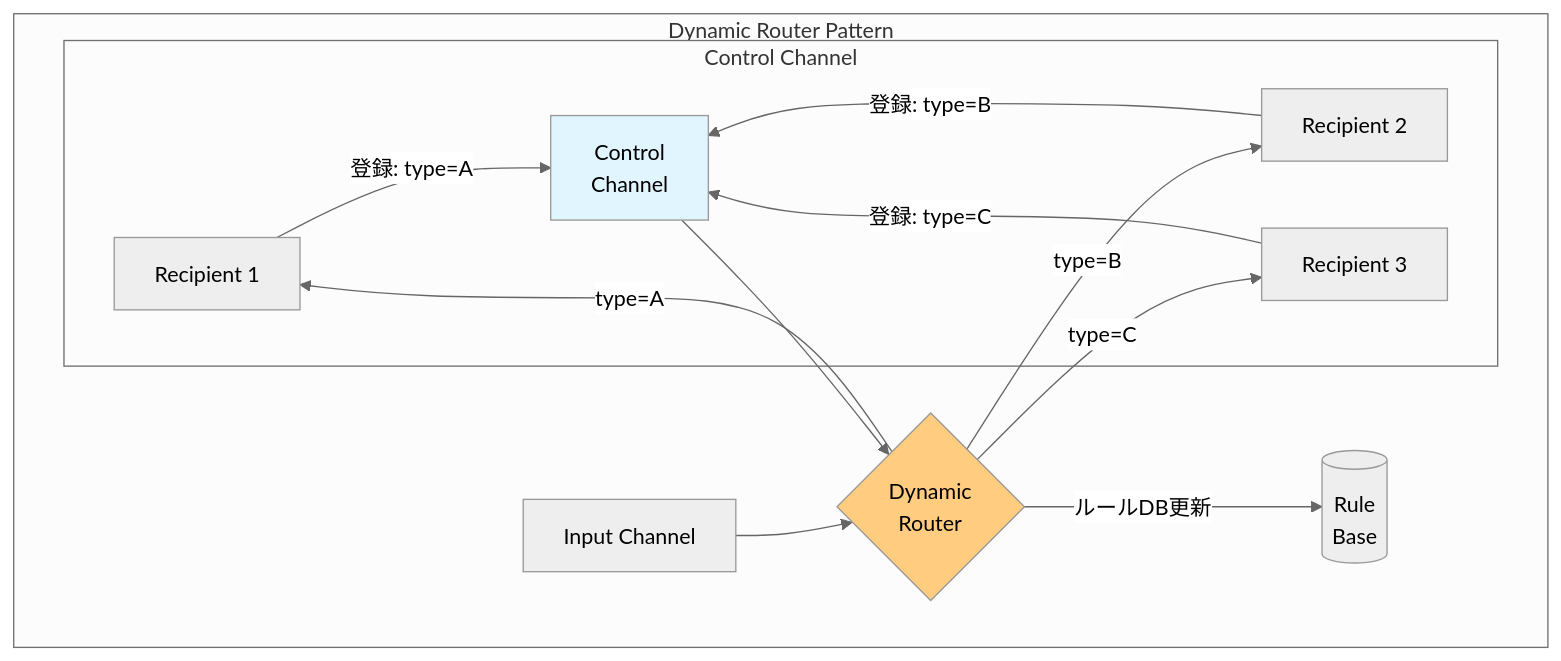
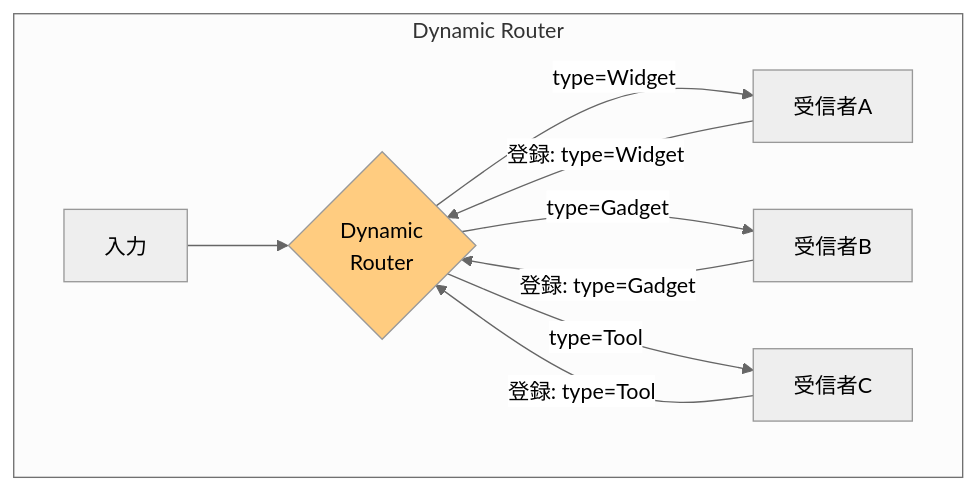
The second of 4 diagrams in content/programming/reactive_messaging_pattern/simple-routers/dynamic_router.md (tomoikey/quartz), drawn with Mermaid (neutral theme) before and after one commit. The commit also changed other lines of this file and 18 other files, not shown here.

````diff
--- a/content/programming/reactive_messaging_pattern/simple-routers/dynamic_router.md
+++ b/content/programming/reactive_messaging_pattern/simple-routers/dynamic_router.md
@@ -35,23 +62,17 @@
 ```mermaid
 graph TB
-    subgraph "Dynamic Router Pattern"
+    subgraph "Dynamic Router"
         DR{Dynamic<br/>Router}
 
-        subgraph "Control Channel"
-            R1[Recipient 1] -->|登録: type=A| CC[Control<br/>Channel]
-            R2[Recipient 2] -->|登録: type=B| CC
-            R3[Recipient 3] -->|登録: type=C| CC
-        end
+        R1[受信者A] -->|登録: type=Widget| DR
+        R2[受信者B] -->|登録: type=Gadget| DR
+        R3[受信者C] -->|登録: type=Tool| DR
 
-        CC --> DR
-        DR -->|ルールDB更新| RULES[(Rule<br/>Base)]
-
-        IN[Input Channel] --> DR
-        DR -->|type=A| R1
-        DR -->|type=B| R2
-        DR -->|type=C| R3
+        IN[入力] --> DR
+        DR -->|type=Widget| R1
+        DR -->|type=Gadget| R2
+        DR -->|type=Tool| R3
     end
 
     style DR fill:#ffcc80
-    style CC fill:#e1f5fe
 ```
````
